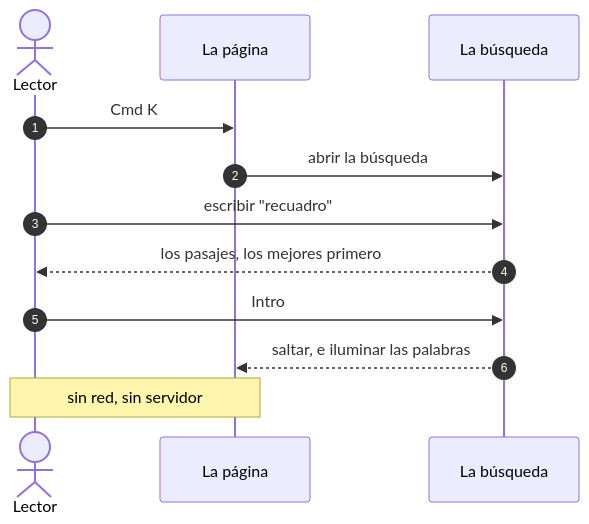
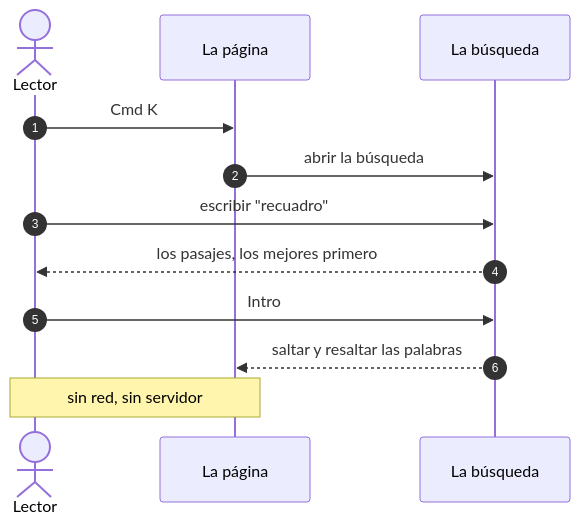
Before and after one commit to githubrobbi/md2html: the second of 3 diagrams in docs/capabilities.es.md, drawn with Mermaid. The commit also changed other lines of this file and 34 other files, not shown here.

````diff
--- a/docs/capabilities.es.md
+++ b/docs/capabilities.es.md
@@ -282,14 +282,14 @@
 ```mermaid
 sequenceDiagram
   autonumber
   actor R as Lector
   participant P as La página
   participant S as La búsqueda
   R->>P: Cmd K
   P->>S: abrir la búsqueda
   R->>S: escribir "recuadro"
   S-->>R: los pasajes, los mejores primero
   R->>S: Intro
-  S-->>P: saltar, e iluminar las palabras
+  S-->>P: saltar y resaltar las palabras
   Note over R,P: sin red, sin servidor
 ```
````
